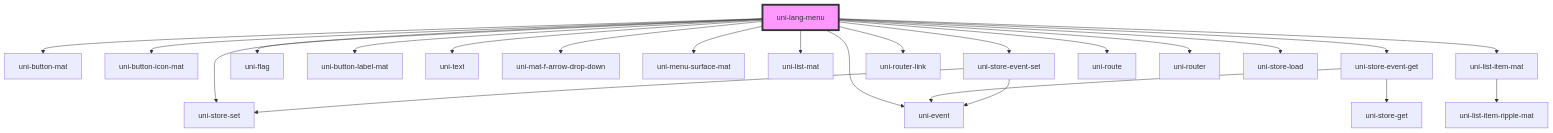
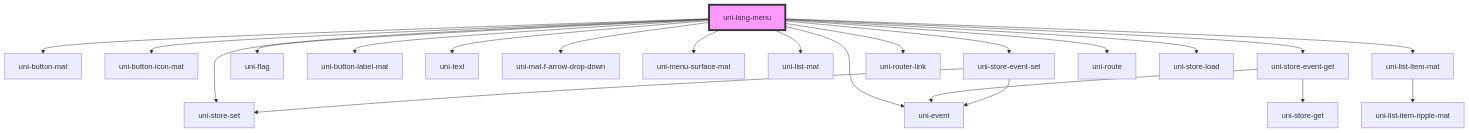
One commit to uiregex/uni-localize changed the diagram in src/lang-menu/components/@main/readme.md. Above: the diagram before and after it, drawn with Mermaid. The commit also changed other lines of this file and 10 other files, not shown here.

````diff
--- a/src/lang-menu/components/@main/readme.md
+++ b/src/lang-menu/components/@main/readme.md
@@ -48,26 +47,25 @@
 ```mermaid
 graph TD;
   uni-lang-menu --> uni-store-set
   uni-lang-menu --> uni-button-mat
   uni-lang-menu --> uni-button-icon-mat
   uni-lang-menu --> uni-store-event-get
   uni-lang-menu --> uni-flag
   uni-lang-menu --> uni-button-label-mat
   uni-lang-menu --> uni-text
   uni-lang-menu --> uni-mat-f-arrow-drop-down
   uni-lang-menu --> uni-menu-surface-mat
   uni-lang-menu --> uni-list-mat
   uni-lang-menu --> uni-store-event-set
   uni-lang-menu --> uni-router-link
   uni-lang-menu --> uni-list-item-mat
   uni-lang-menu --> uni-route
-  uni-lang-menu --> uni-router
   uni-lang-menu --> uni-event
   uni-lang-menu --> uni-store-load
   uni-store-event-get --> uni-event
   uni-store-event-get --> uni-store-get
   uni-store-event-set --> uni-event
   uni-store-event-set --> uni-store-set
   uni-list-item-mat --> uni-list-item-ripple-mat
   style uni-lang-menu fill:#f9f,stroke:#333,stroke-width:4px
 ```
````
